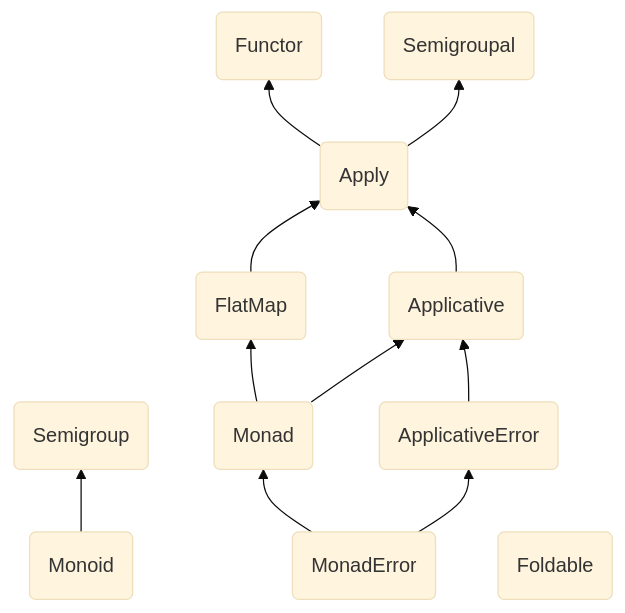
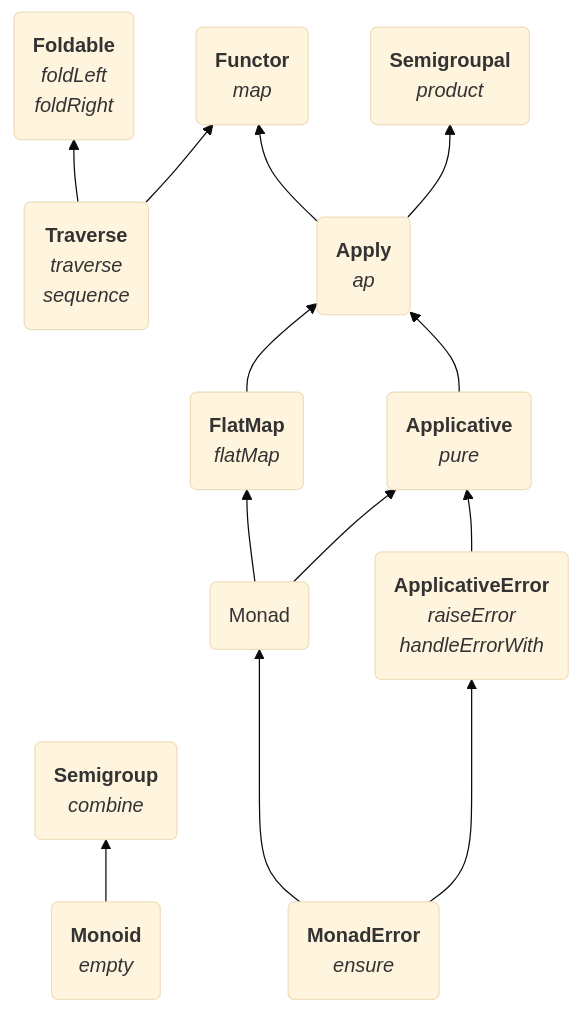
Before and after one commit to DarrenBishop/cats-course: the diagram in m4-type-classes/docs/00-TypeClassHierachy.md, drawn with Mermaid (base theme). The commit also changed 3 other files, not shown here.

````diff
--- a/m4-type-classes/docs/00-TypeClassHierachy.md
+++ b/m4-type-classes/docs/00-TypeClassHierachy.md
@@ -3,14 +3,41 @@
 ```mermaid
 flowchart BT
-    MD(Monoid) --> S(Semigroup)
-    ME(MonadError) --> M(Monad)
-    ME --> AE(ApplicativeError)
-    M --> FM(FlatMap)
-    FM --> AP(Apply)
-    M --> A(Applicative)
+    S("`**Semigroup**
+    _combine_`")
+    MD("`**Monoid**
+    _empty_`")
+    MD --> S
+    FO("`**Foldable**
+    _foldLeft_
+    _foldRight_`")
+    T("`**Traverse**
+    _traverse_
+    _sequence_`")
+    F("`**Functor**
+    _map_`")
+    T --> FO
+    T --> F
+    SL("`**Semigroupal**
+    _product_`")
+    AP("`**Apply**
+    _ap_`")
+    AP --> F
+    AP --> SL
+    FM("`**FlatMap**
+    _flatMap_`")
+    FM --> AP
+    A("`**Applicative**
+    _pure_`")
+    A --> AP
+    AE("`**ApplicativeError**
+    _raiseError_
+    _handleErrorWith_`")
     AE --> A
-    A --> AP
-    AP --> F(Functor)
-    AP --> SL(Semigroupal)
-    FO(Foldable)
+    M(Monad)
+    M --> FM
+    M --> A
+    ME("`**MonadError**
+    _ensure_`")
+    ME ---> M
+    ME --> AE
 ```
````
